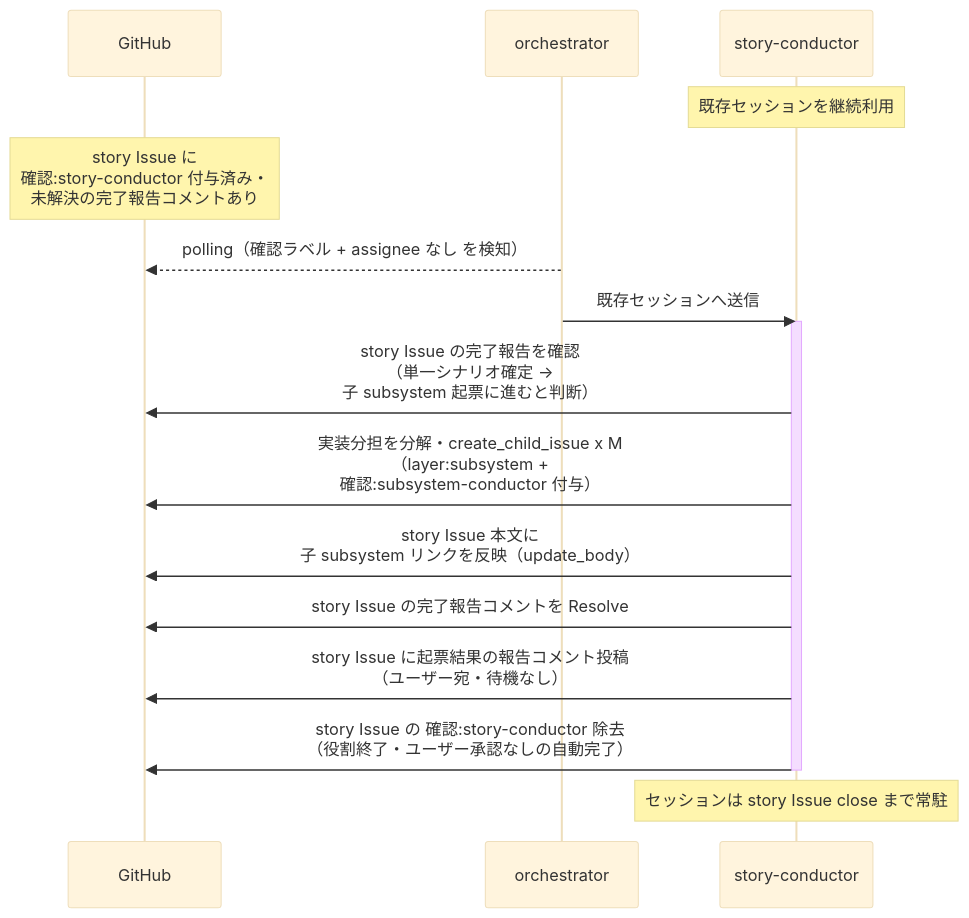
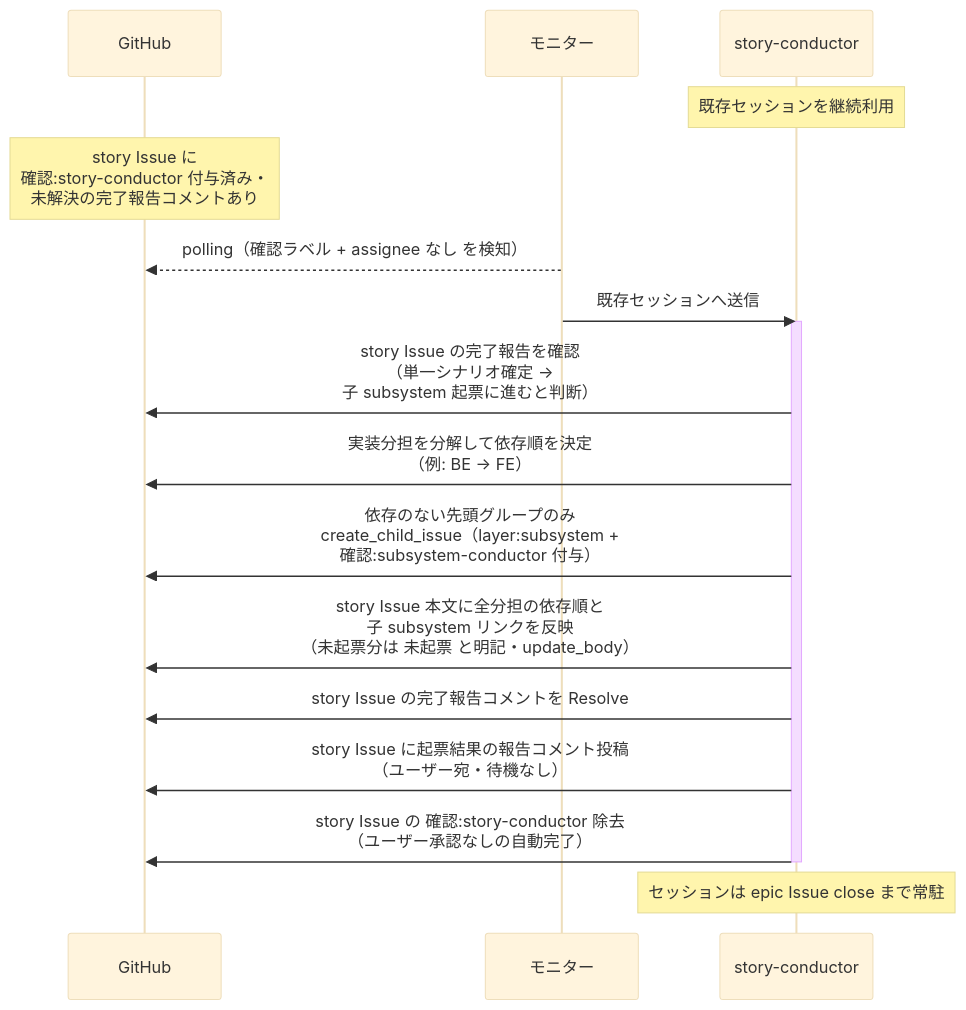
The first of 2 diagrams in docs/wiki/設計図/シナリオ/単一ユースケース/子subsystem起票.md (shuhei1101/ai-monitor), drawn with Mermaid (base theme) before and after one commit. The commit also changed other lines of this file and 196 other files, not shown here.

````diff
--- a/docs/wiki/設計図/シナリオ/単一ユースケース/子subsystem起票.md
+++ b/docs/wiki/設計図/シナリオ/単一ユースケース/子subsystem起票.md
@@ -19,20 +22,21 @@
 ```mermaid
 sequenceDiagram
   participant GH as GitHub
-  participant ORC as orchestrator
+  participant ORC as モニター
   participant MON as story-conductor
 
   Note over MON: 既存セッションを継続利用
   Note over GH: story Issue に<br>確認:story-conductor 付与済み・<br>未解決の完了報告コメントあり
   ORC-->>GH: polling（確認ラベル + assignee なし を検知）
   ORC->>MON: 既存セッションへ送信
   activate MON
   MON->>GH: story Issue の完了報告を確認<br>（単一シナリオ確定 →<br>子 subsystem 起票に進むと判断）
-  MON->>GH: 実装分担を分解・create_child_issue x M<br>（layer:subsystem +<br>確認:subsystem-conductor 付与）
-  MON->>GH: story Issue 本文に<br>子 subsystem リンクを反映（update_body）
+  MON->>GH: 実装分担を分解して依存順を決定<br>（例: BE → FE）
+  MON->>GH: 依存のない先頭グループのみ<br>create_child_issue（layer:subsystem +<br>確認:subsystem-conductor 付与）
+  MON->>GH: story Issue 本文に全分担の依存順と<br>子 subsystem リンクを反映<br>（未起票分は 未起票 と明記・update_body）
   MON->>GH: story Issue の完了報告コメントを Resolve
   MON->>GH: story Issue に起票結果の報告コメント投稿<br>（ユーザー宛・待機なし）
-  MON->>GH: story Issue の 確認:story-conductor 除去<br>（役割終了・ユーザー承認なしの自動完了）
+  MON->>GH: story Issue の 確認:story-conductor 除去<br>（ユーザー承認なしの自動完了）
   deactivate MON
-  Note over MON: セッションは story Issue close まで常駐
+  Note over MON: セッションは epic Issue close まで常駐
 ```
````
